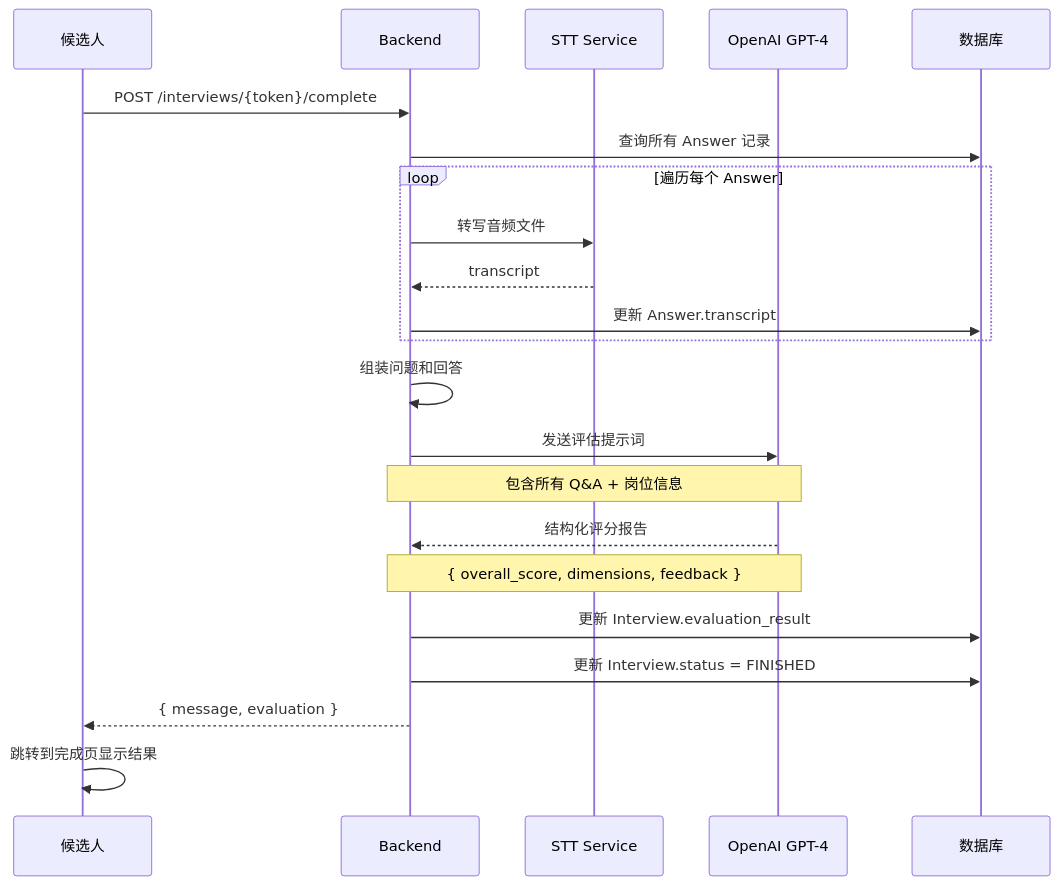
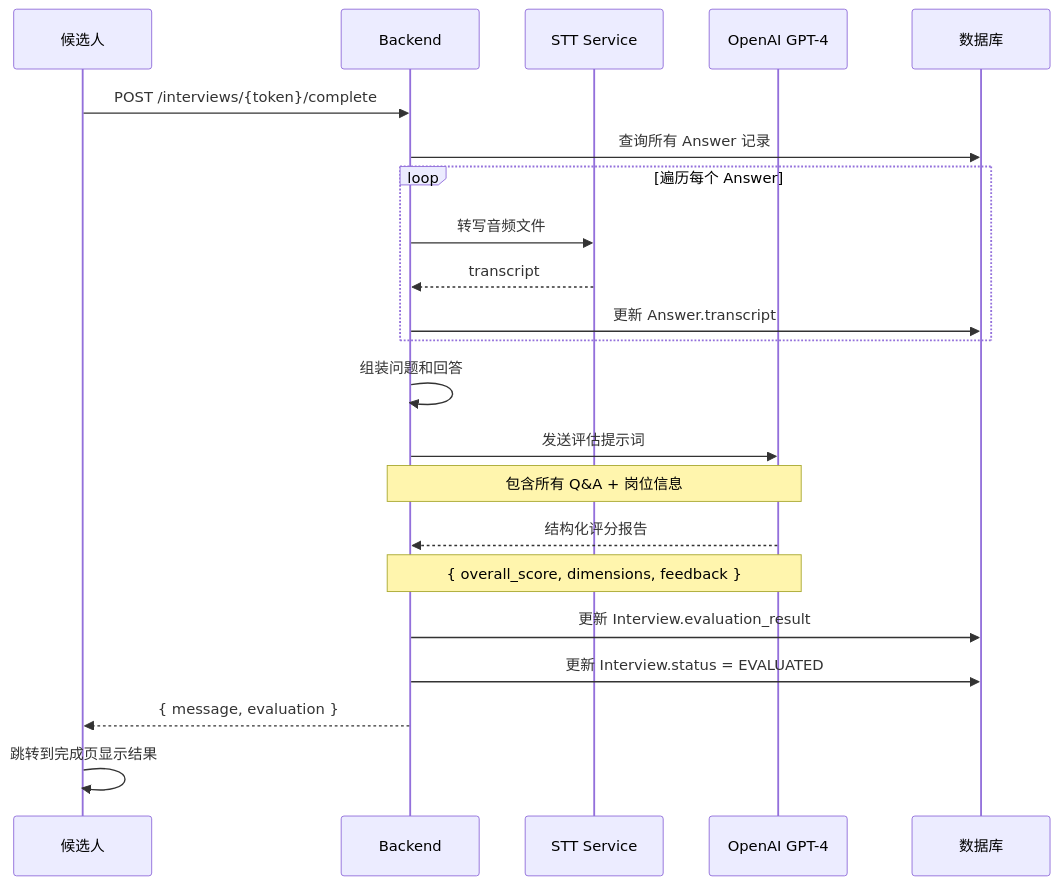
Before and after one commit to cziwen/AI_Interviewer: the third of 3 diagrams in spec_doc/02_architecture.md, drawn with Mermaid. The commit also changed other lines of this file and 4 other files, not shown here.

````diff
--- a/spec_doc/02_architecture.md
+++ b/spec_doc/02_architecture.md
@@ -121,31 +131,31 @@
 ```mermaid
 sequenceDiagram
     participant C as 候选人
     participant BE as Backend
     participant STT as STT Service
     participant LLM as OpenAI GPT-4
     participant DB as 数据库
 
     C->>BE: POST /interviews/{token}/complete
 
     BE->>DB: 查询所有 Answer 记录
 
     loop 遍历每个 Answer
         BE->>STT: 转写音频文件
         STT-->>BE: transcript
         BE->>DB: 更新 Answer.transcript
     end
 
     BE->>BE: 组装问题和回答
     BE->>LLM: 发送评估提示词
     Note over BE,LLM: 包含所有 Q&A + 岗位信息
 
     LLM-->>BE: 结构化评分报告
     Note over LLM,BE: { overall_score, dimensions, feedback }
 
     BE->>DB: 更新 Interview.evaluation_result
-    BE->>DB: 更新 Interview.status = FINISHED
+    BE->>DB: 更新 Interview.status = EVALUATED
 
     BE-->>C: { message, evaluation }
     C->>C: 跳转到完成页显示结果
 ```
````
